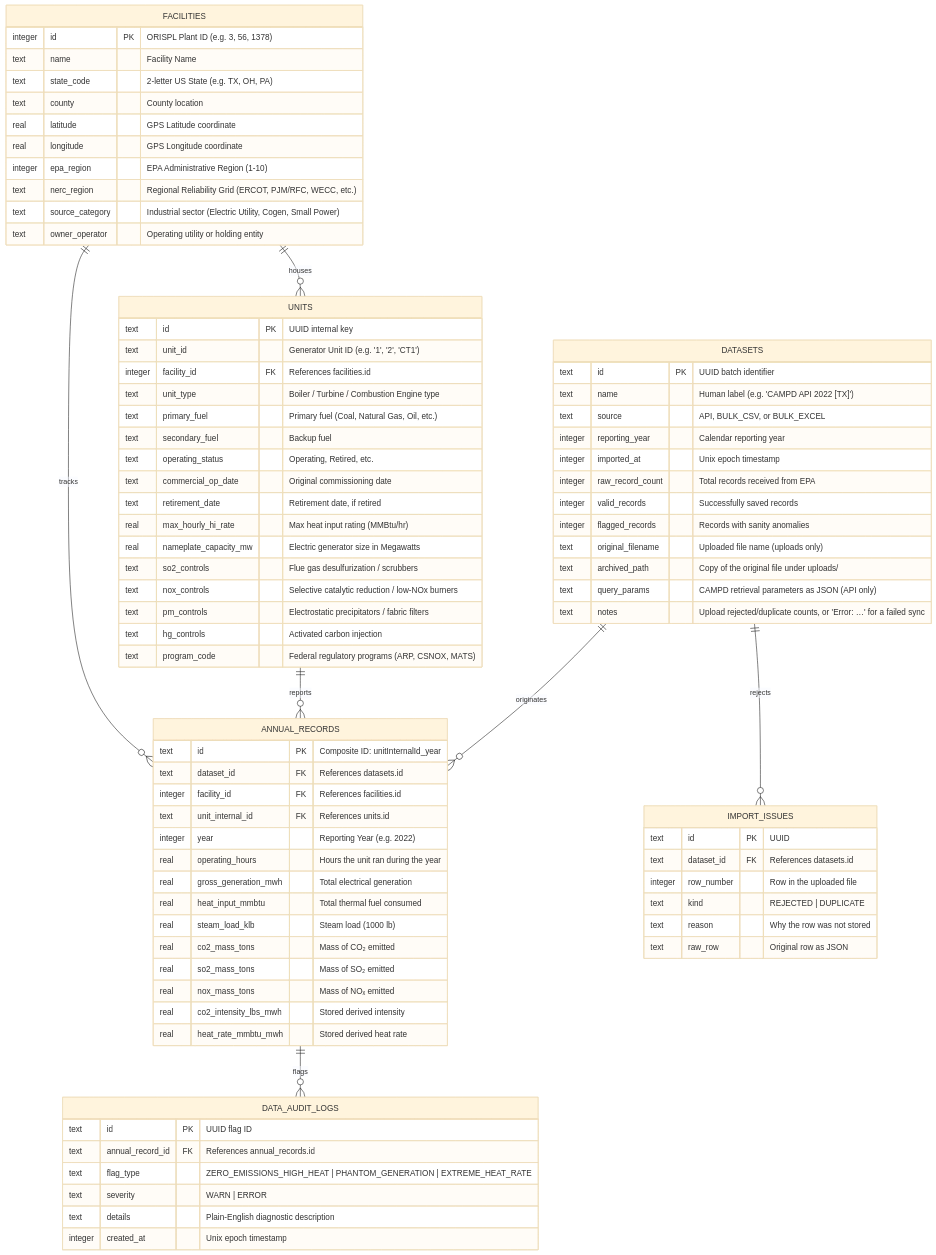
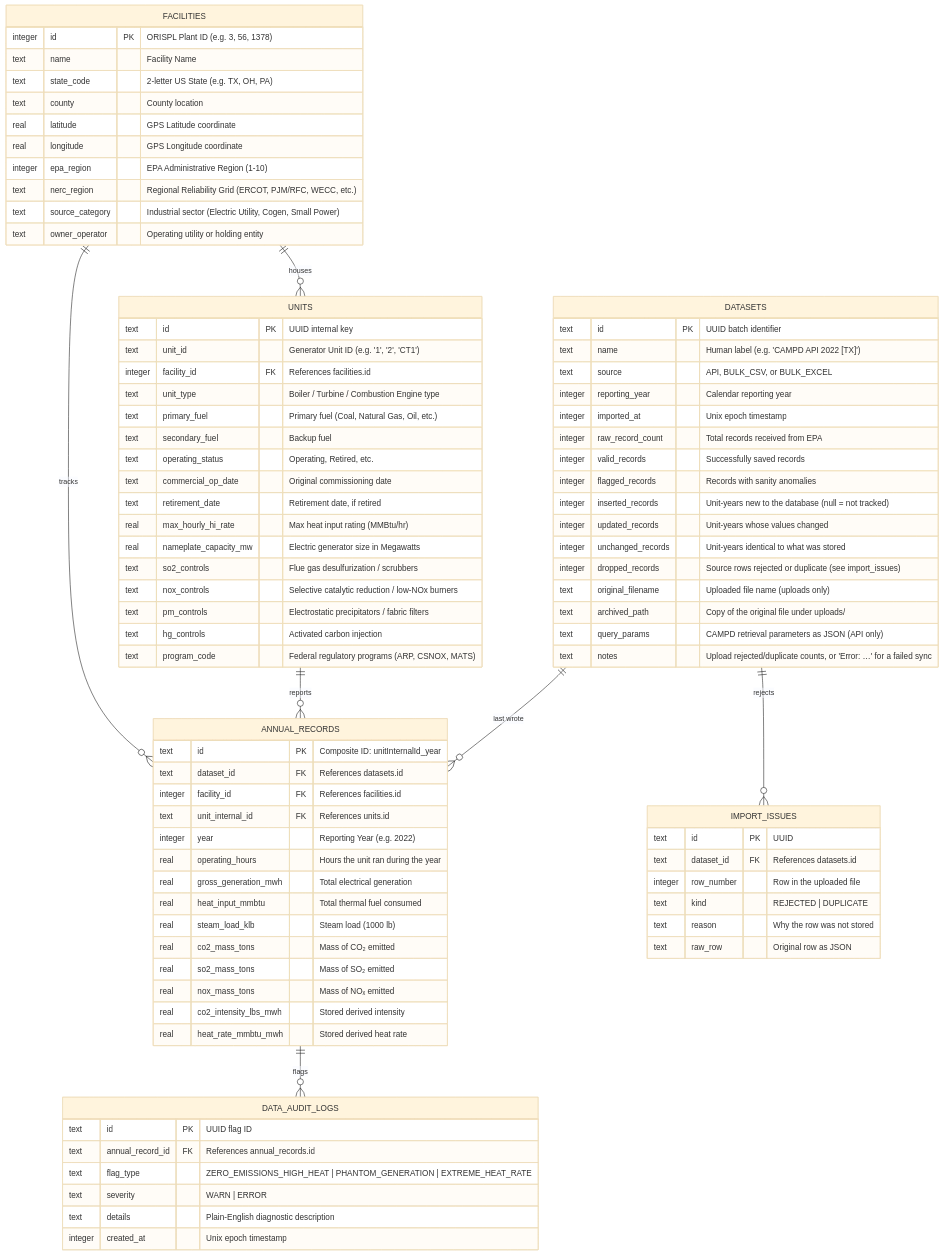
One commit to raajbanga/cs396-project changed the second of 4 diagrams in DATABASE_BREAKDOWN.md. Above: the diagram before and after it, drawn with Mermaid (base theme). The commit also changed other lines of this file and 70 other files, not shown here.

```diff
--- a/DATABASE_BREAKDOWN.md
+++ b/DATABASE_BREAKDOWN.md
@@ -80,7 +78,7 @@
     FACILITIES ||--o{ UNITS : "houses"
     FACILITIES ||--o{ ANNUAL_RECORDS : "tracks"
     UNITS ||--o{ ANNUAL_RECORDS : "reports"
-    DATASETS ||--o{ ANNUAL_RECORDS : "originates"
+    DATASETS ||--o{ ANNUAL_RECORDS : "last wrote"
     ANNUAL_RECORDS ||--o{ DATA_AUDIT_LOGS : "flags"
     DATASETS ||--o{ IMPORT_ISSUES : "rejects"
 
@@ -125,6 +123,10 @@
         integer raw_record_count "Total records received from EPA"
         integer valid_records "Successfully saved records"
         integer flagged_records "Records with sanity anomalies"
+        integer inserted_records "Unit-years new to the database (null = not tracked)"
+        integer updated_records "Unit-years whose values changed"
+        integer unchanged_records "Unit-years identical to what was stored"
+        integer dropped_records "Source rows rejected or duplicate (see import_issues)"
         text original_filename "Uploaded file name (uploads only)"
         text archived_path "Copy of the original file under uploads/"
         text query_params "CAMPD retrieval parameters as JSON (API only)"
```
